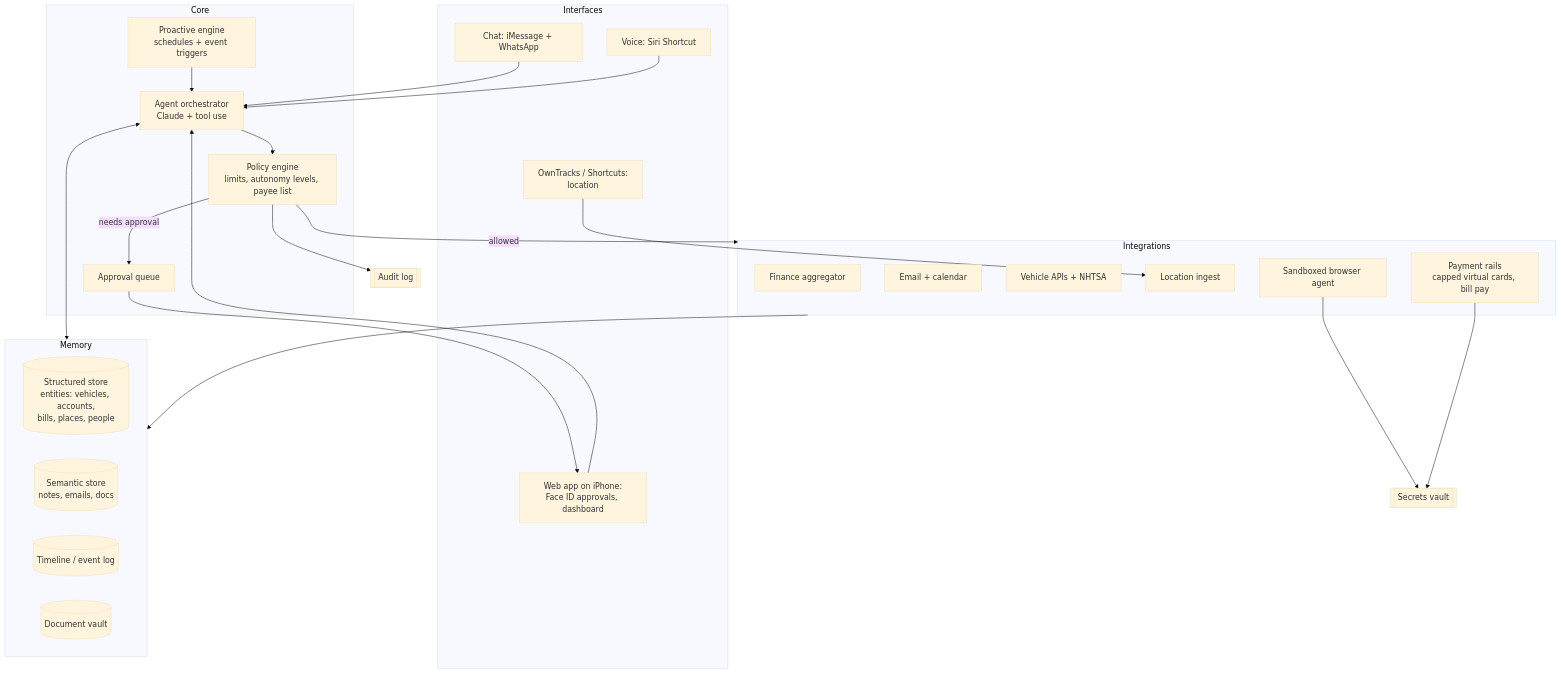
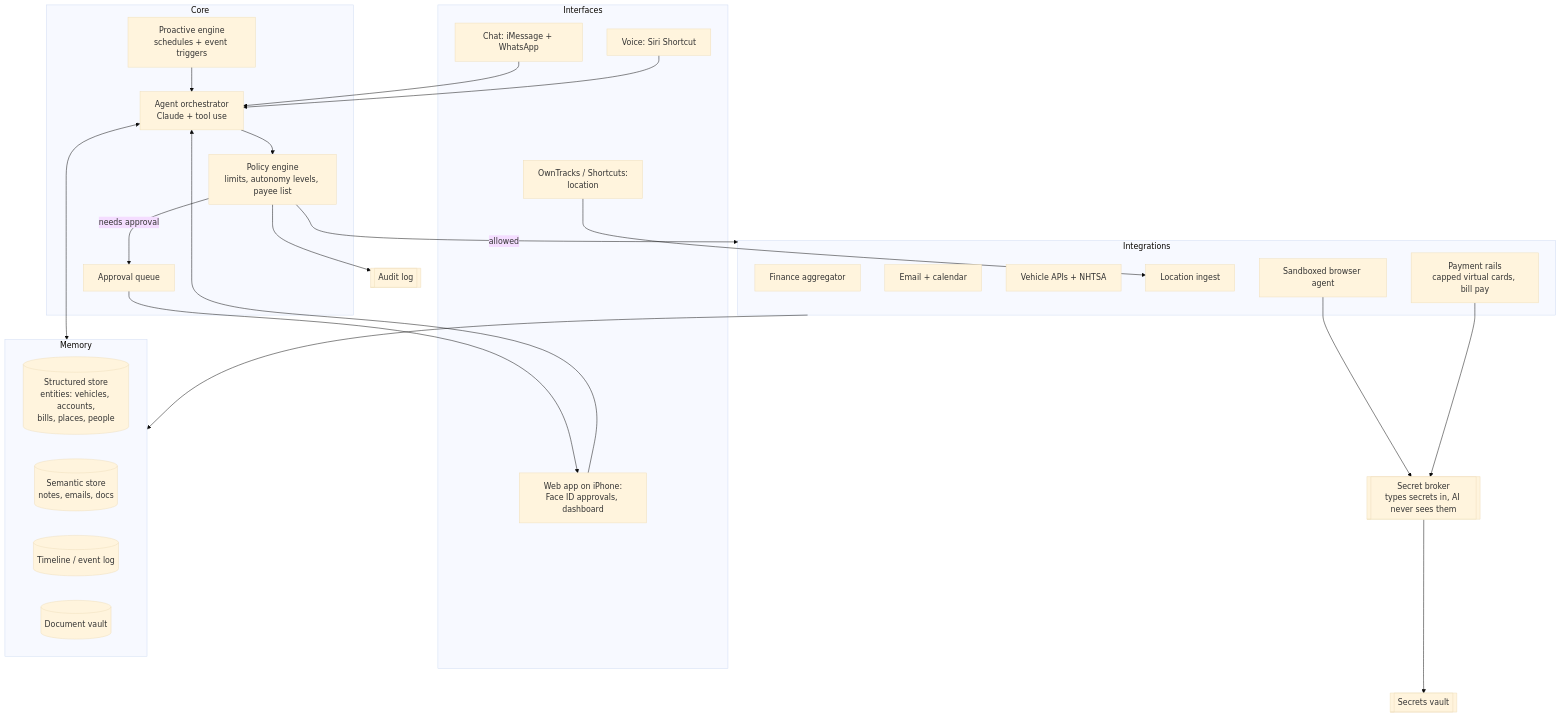
The diagram in docs/SCOPE.md (jovansethipersonal/Personal-Assistant-), drawn with Mermaid (base theme) before and after one commit. The commit also changed other lines of this file and 1 other file, not shown here.

First line of the commit message:
Add secure credentials design; scope: Amex, Apple Pay, Apple Cash, PayPal

````diff
--- a/docs/SCOPE.md
+++ b/docs/SCOPE.md
@@ -176,49 +178,51 @@
 ```mermaid
 flowchart TB
     subgraph Interfaces
         CHAT[Chat: iMessage + WhatsApp]
         VOICE[Voice: Siri Shortcut]
         APP[Web app on iPhone:<br/>Face ID approvals, dashboard]
         LOCAPP[OwnTracks / Shortcuts:<br/>location]
     end
 
     subgraph Core
         ORCH[Agent orchestrator<br/>Claude + tool use]
         POLICY[Policy engine<br/>limits, autonomy levels, payee list]
         SCHED[Proactive engine<br/>schedules + event triggers]
         APPROVE[Approval queue]
     end
 
     subgraph Memory
         KG[(Structured store<br/>entities: vehicles, accounts,<br/>bills, places, people)]
         VEC[(Semantic store<br/>notes, emails, docs)]
         TL[(Timeline / event log)]
         DOCS[(Document vault)]
     end
 
     subgraph Integrations
         FIN[Finance aggregator]
         MAIL[Email + calendar]
         CAR[Vehicle APIs + NHTSA]
         LOC[Location ingest]
         PAY[Payment rails<br/>capped virtual cards, bill pay]
         BROWSER[Sandboxed browser agent]
     end
 
     VAULT[[Secrets vault]]
     AUDIT[[Audit log]]
 
     CHAT --> ORCH
     VOICE --> ORCH
     APP --> ORCH
     LOCAPP --> LOC
     SCHED --> ORCH
     ORCH <--> Memory
     ORCH --> POLICY
     POLICY -->|allowed| Integrations
     POLICY -->|needs approval| APPROVE --> APP
     Integrations --> Memory
-    BROWSER --> VAULT
-    PAY --> VAULT
+    BROKER[[Secret broker<br/>types secrets in, AI never sees them]]
+    BROWSER --> BROKER
+    PAY --> BROKER
+    BROKER --> VAULT
     POLICY --> AUDIT
 ```
````
